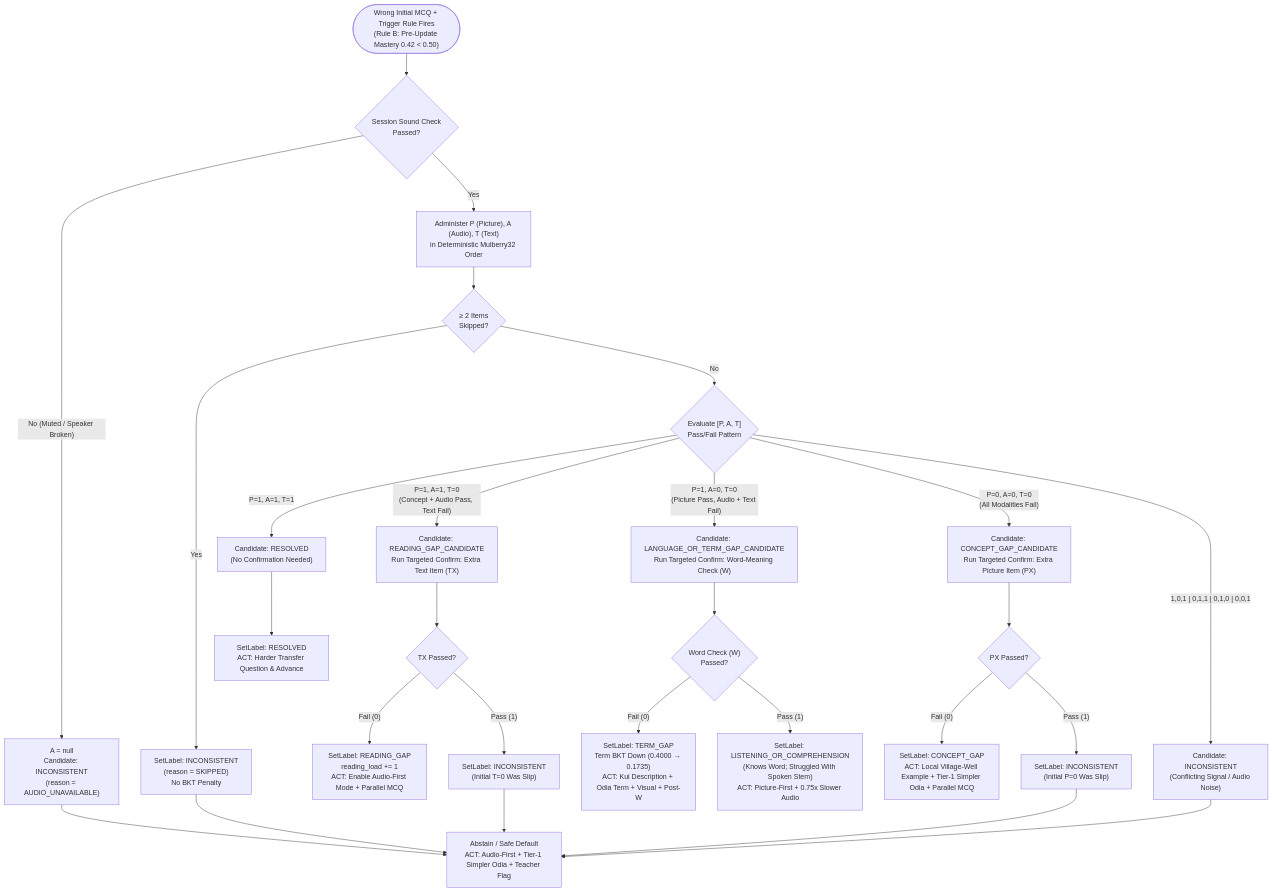
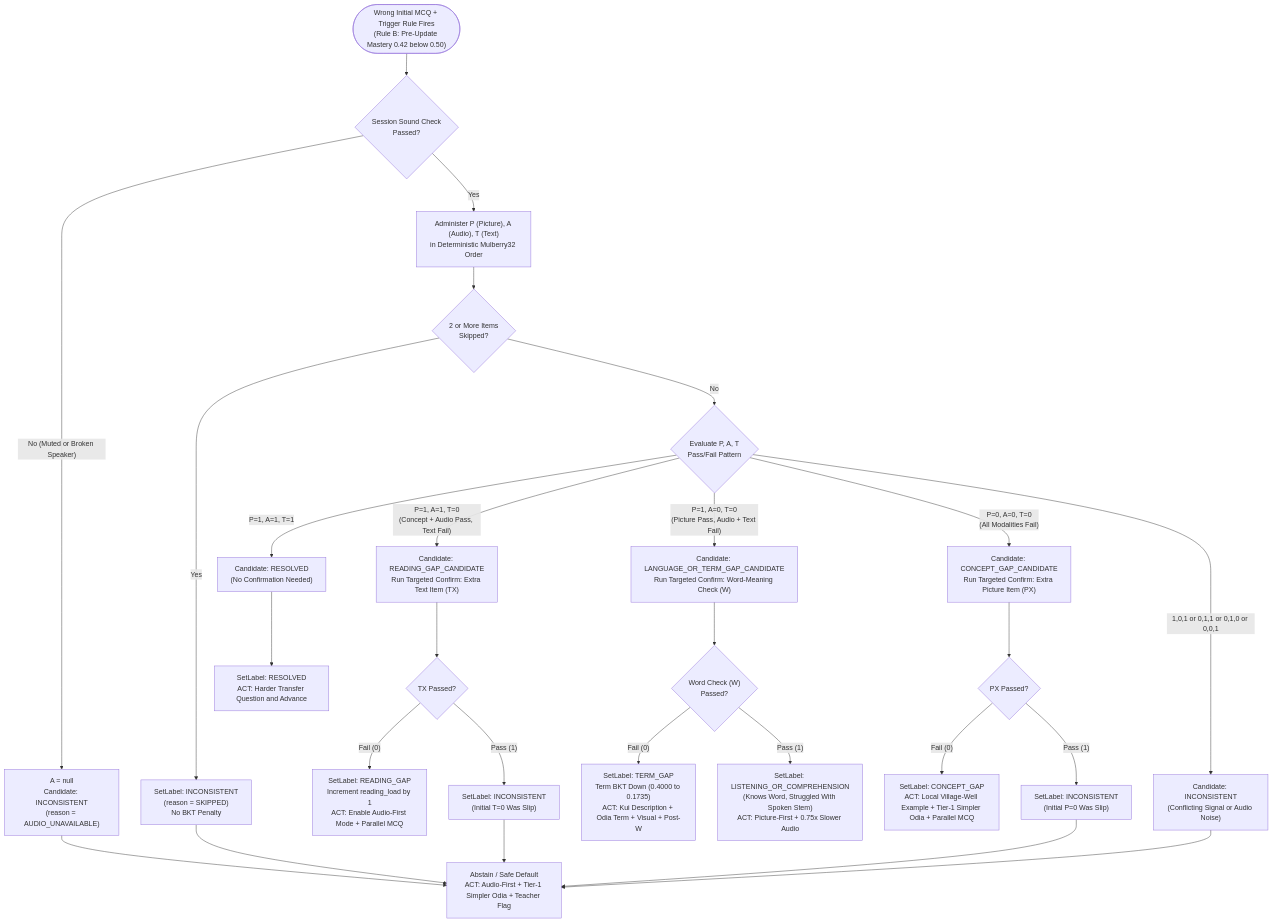
One commit to SIBAM890/Padhai-Pocket changed the third of 6 diagrams in README.md. Above: the diagram before and after it, drawn with Mermaid. The commit also changed other lines of this file, not shown here.

````diff
--- a/README.md
+++ b/README.md
@@ -157,34 +164,38 @@
 ```mermaid
 flowchart TD
-    Start(["Wrong Initial MCQ + Trigger Rule Fires<br/>(Rule B: Pre-Update Mastery 0.42 < 0.50)"]) --> Sound{"Session Sound Check<br/>Passed?"}
+    Start(["Wrong Initial MCQ + Trigger Rule Fires<br/>(Rule B: Pre-Update Mastery 0.42 below 0.50)"]) --> Sound{"Session Sound Check<br/>Passed?"}
     
-    Sound -->|"No (Muted / Speaker Broken)"| NullAudio["A = null<br/>Candidate: INCONSISTENT<br/>(reason = AUDIO_UNAVAILABLE)"]
+    Sound -->|"No (Muted or Broken Speaker)"| NullAudio["A = null<br/>Candidate: INCONSISTENT<br/>(reason = AUDIO_UNAVAILABLE)"]
     Sound -->|"Yes"| RunPAT["Administer P (Picture), A (Audio), T (Text)<br/>in Deterministic Mulberry32 Order"]
 
-    RunPAT --> SkipCheck{"≥ 2 Items<br/>Skipped?"}
+    RunPAT --> SkipCheck{"2 or More Items<br/>Skipped?"}
     SkipCheck -->|"Yes"| SkipAbstain["SetLabel: INCONSISTENT<br/>(reason = SKIPPED)<br/>No BKT Penalty"]
     
-    SkipCheck -->|"No"| PatSwitch{"Evaluate [P, A, T]<br/>Pass/Fail Pattern"}
+    SkipCheck -->|"No"| PatSwitch{"Evaluate P, A, T<br/>Pass/Fail Pattern"}
 
     PatSwitch -->|"P=1, A=1, T=1"| CandResolved["Candidate: RESOLVED<br/>(No Confirmation Needed)"]
     PatSwitch -->|"P=1, A=1, T=0<br/>(Concept + Audio Pass, Text Fail)"| CandRead["Candidate: READING_GAP_CANDIDATE<br/>Run Targeted Confirm: Extra Text Item (TX)"]
     PatSwitch -->|"P=1, A=0, T=0<br/>(Picture Pass, Audio + Text Fail)"| CandTerm["Candidate: LANGUAGE_OR_TERM_GAP_CANDIDATE<br/>Run Targeted Confirm: Word-Meaning Check (W)"]
     PatSwitch -->|"P=0, A=0, T=0<br/>(All Modalities Fail)"| CandConcept["Candidate: CONCEPT_GAP_CANDIDATE<br/>Run Targeted Confirm: Extra Picture Item (PX)"]
-    PatSwitch -->|"1,0,1 | 0,1,1 | 0,1,0 | 0,0,1"| CandIncon["Candidate: INCONSISTENT<br/>(Conflicting Signal / Audio Noise)"]
+    PatSwitch -->|"1,0,1 or 0,1,1 or 0,1,0 or 0,0,1"| CandIncon["Candidate: INCONSISTENT<br/>(Conflicting Signal or Audio Noise)"]
 
-    CandResolved --> LblResolved["SetLabel: RESOLVED<br/>ACT: Harder Transfer Question & Advance"]
+    CandResolved --> LblResolved["SetLabel: RESOLVED<br/>ACT: Harder Transfer Question and Advance"]
 
     CandRead --> ConfirmTX{"TX Passed?"}
-    ConfirmTX -->|"Fail (0)"| LblRead["SetLabel: READING_GAP<br/>reading_load += 1<br/>ACT: Enable Audio-First Mode + Parallel MCQ"]
+    ConfirmTX -->|"Fail (0)"| LblRead["SetLabel: READING_GAP<br/>Increment reading_load by 1<br/>ACT: Enable Audio-First Mode + Parallel MCQ"]
     ConfirmTX -->|"Pass (1)"| LblInconTX["SetLabel: INCONSISTENT<br/>(Initial T=0 Was Slip)"]
 
     CandTerm --> ConfirmW{"Word Check (W)<br/>Passed?"}
-    ConfirmW -->|"Fail (0)"| LblTerm["SetLabel: TERM_GAP<br/>Term BKT Down (0.4000 → 0.1735)<br/>ACT: Kui Description + Odia Term + Visual + Post-W"]
-    ConfirmW -->|"Pass (1)"| LblListen["SetLabel: LISTENING_OR_COMPREHENSION<br/>(Knows Word; Struggled With Spoken Stem)<br/>ACT: Picture-First + 0.75x Slower Audio"]
+    ConfirmW -->|"Fail (0)"| LblTerm["SetLabel: TERM_GAP<br/>Term BKT Down (0.4000 to 0.1735)<br/>ACT: Kui Description + Odia Term + Visual + Post-W"]
+    ConfirmW -->|"Pass (1)"| LblListen["SetLabel: LISTENING_OR_COMPREHENSION<br/>(Knows Word, Struggled With Spoken Stem)<br/>ACT: Picture-First + 0.75x Slower Audio"]
 
     CandConcept --> ConfirmPX{"PX Passed?"}
     ConfirmPX -->|"Fail (0)"| LblConcept["SetLabel: CONCEPT_GAP<br/>ACT: Local Village-Well Example + Tier-1 Simpler Odia + Parallel MCQ"]
     ConfirmPX -->|"Pass (1)"| LblInconPX["SetLabel: INCONSISTENT<br/>(Initial P=0 Was Slip)"]
 
-    NullAudio & CandIncon & LblInconTX & LblInconPX & SkipAbstain --> SafeDefault["Abstain / Safe Default<br/>ACT: Audio-First + Tier-1 Simpler Odia + Teacher Flag"]
+    NullAudio --> SafeDefault["Abstain / Safe Default<br/>ACT: Audio-First + Tier-1 Simpler Odia + Teacher Flag"]
+    CandIncon --> SafeDefault
+    LblInconTX --> SafeDefault
+    LblInconPX --> SafeDefault
+    SkipAbstain --> SafeDefault
 ```
````
